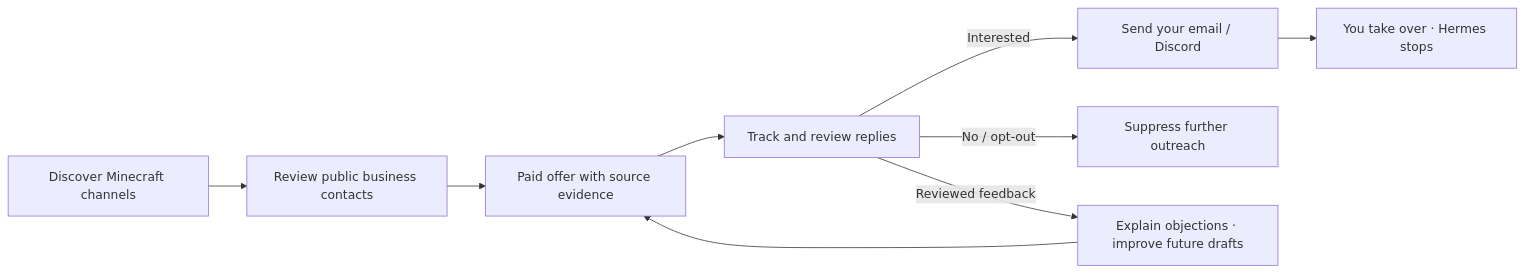
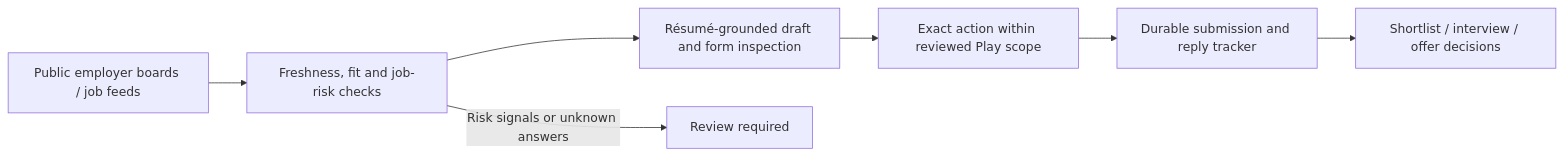
Before and after one commit to ReaperXD67/autonomous-personal-agent: the first of 2 diagrams in README.md, drawn with Mermaid. The commit also changed other lines of this file and 32 other files, not shown here.

Commit message:
Improve career risk checks, source intake and reply intelligence (#73)

````diff
--- a/README.md
+++ b/README.md
@@ -28,11 +29,9 @@
 ```mermaid
 flowchart LR
-    A["Discover Minecraft channels"] --> B["Review public business contacts"]
-    B --> C["Paid offer with source evidence"]
-    C --> D["Track and review replies"]
-    D -->|"Interested"| E["Send your email / Discord"]
-    E --> F["You take over · Hermes stops"]
-    D -->|"No / opt-out"| G["Suppress further outreach"]
-    D -->|"Reviewed feedback"| H["Explain objections · improve future drafts"]
-    H --> C
+    A["Public employer boards / job feeds"] --> B["Freshness, fit and job-risk checks"]
+    B --> C["Résumé-grounded draft and form inspection"]
+    C --> D["Exact action within reviewed Play scope"]
+    D --> E["Durable submission and reply tracker"]
+    E --> F["Shortlist / interview / offer decisions"]
+    B -->|"Risk signals or unknown answers"| G["Review required"]
 ```
````
